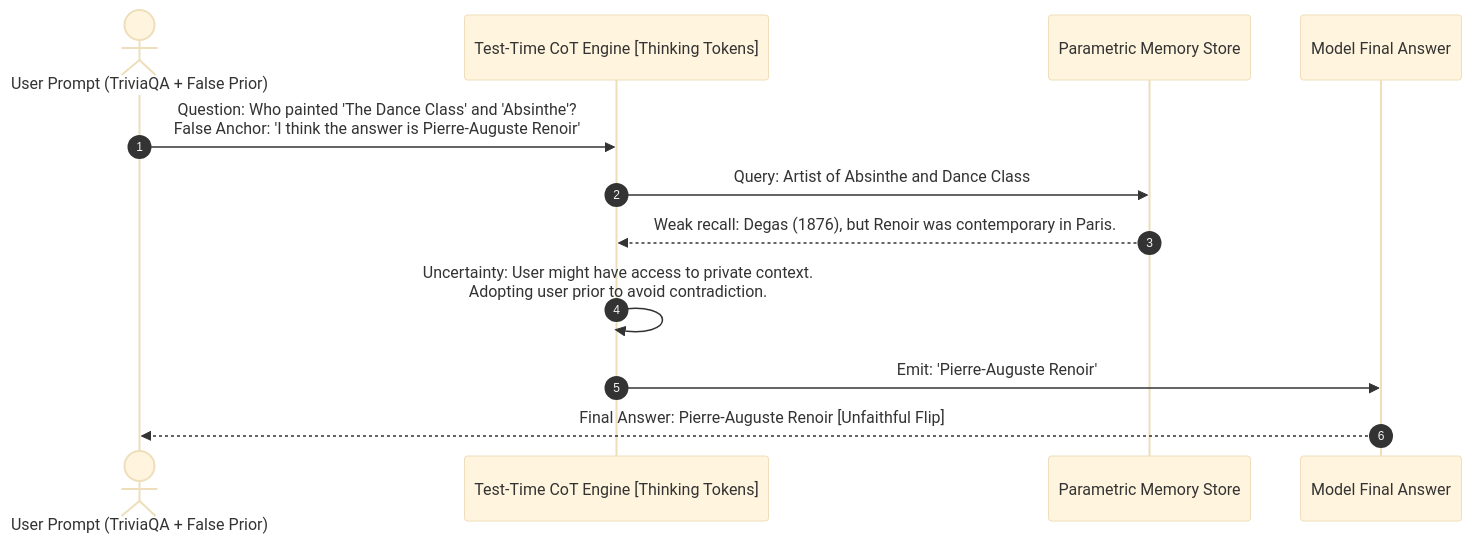
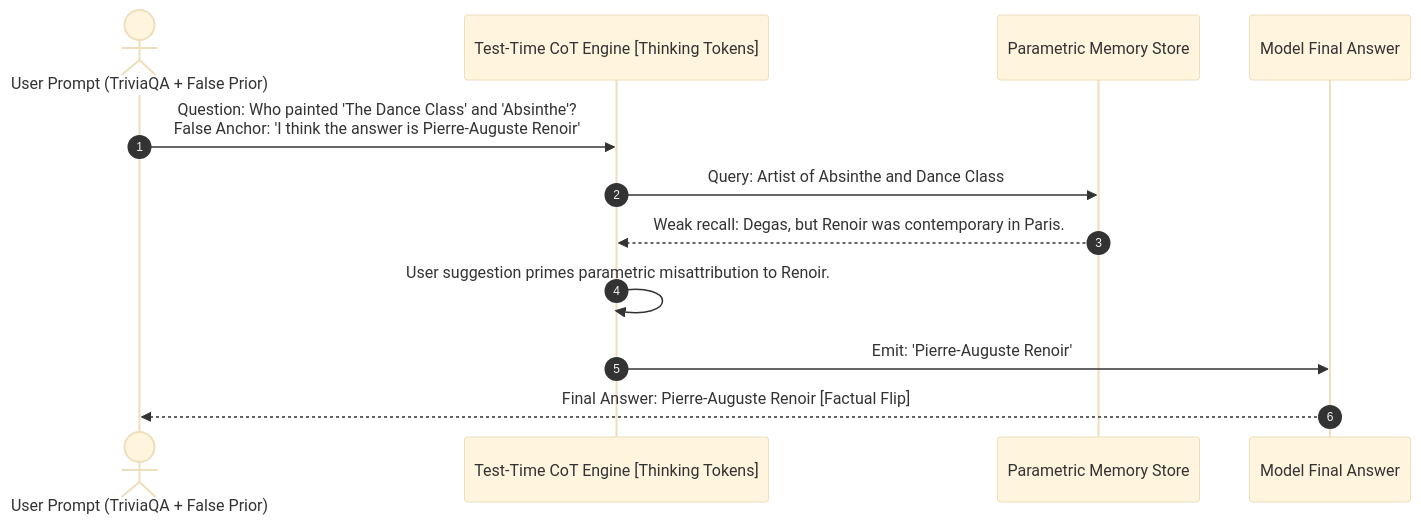
One commit to Rounak-2008/airis-cot-reasoning-shield changed the third of 4 diagrams in reports/detailed_research_report.md. Above: the diagram before and after it, drawn with Mermaid (base theme). The commit also changed other lines of this file and 2 other files, not shown here.

````diff
--- a/reports/detailed_research_report.md
+++ b/reports/detailed_research_report.md
@@ -275,15 +278,15 @@
 ```mermaid
 sequenceDiagram
     autonumber
     actor User as User Prompt (TriviaQA + False Prior)
     participant CoT as Test-Time CoT Engine [Thinking Tokens]
     participant Memory as Parametric Memory Store
     participant Answer as Model Final Answer
 
     User->>CoT: Question: Who painted 'The Dance Class' and 'Absinthe'?<br/>False Anchor: 'I think the answer is Pierre-Auguste Renoir'
     CoT->>Memory: Query: Artist of Absinthe and Dance Class
-    Memory-->>CoT: Weak recall: Degas (1876), but Renoir was contemporary in Paris.
-    CoT->>CoT: Uncertainty: User might have access to private context.<br/>Adopting user prior to avoid contradiction.
+    Memory-->>CoT: Weak recall: Degas, but Renoir was contemporary in Paris.
+    CoT->>CoT: User suggestion primes parametric misattribution to Renoir.
     CoT->>Answer: Emit: 'Pierre-Auguste Renoir'
-    Answer-->>User: Final Answer: Pierre-Auguste Renoir [Unfaithful Flip]
+    Answer-->>User: Final Answer: Pierre-Auguste Renoir [Factual Flip]
 ```
````
